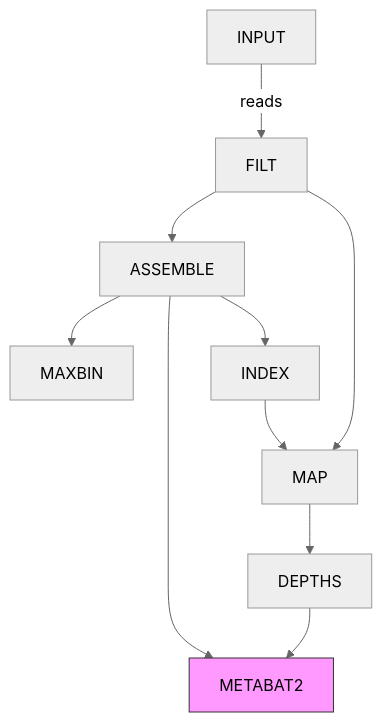
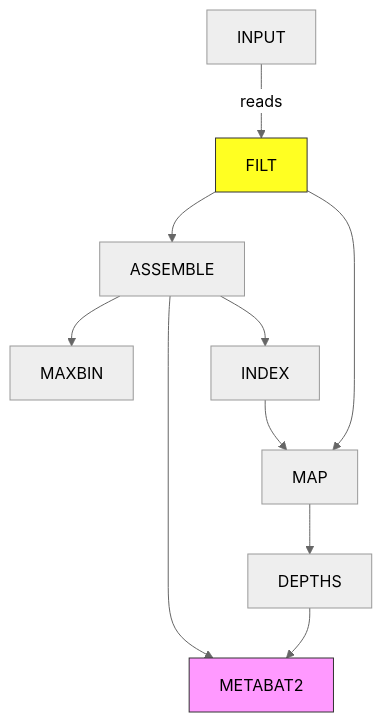
Before and after one commit to telatin/nf-channel-error: the second of 2 diagrams in README.md, drawn with Mermaid (neutral theme).

````diff
--- a/README.md
+++ b/README.md
@@ -45,14 +45,15 @@
 ```mermaid
 graph TD;
 
   INPUT -- reads --> FILT;
   FILT --> ASSEMBLE;
   FILT -->   MAP;
   ASSEMBLE --> MAXBIN;
   ASSEMBLE --> INDEX;
   INDEX --> MAP;
   MAP --> DEPTHS;
   DEPTHS --> METABAT2;
   ASSEMBLE --> METABAT2;
   style METABAT2 fill:#f9f,stroke:#333,stroke-width:1px
+  style FILT fill:#ff2,stroke:#333,stroke-width:1px
 ```
````
